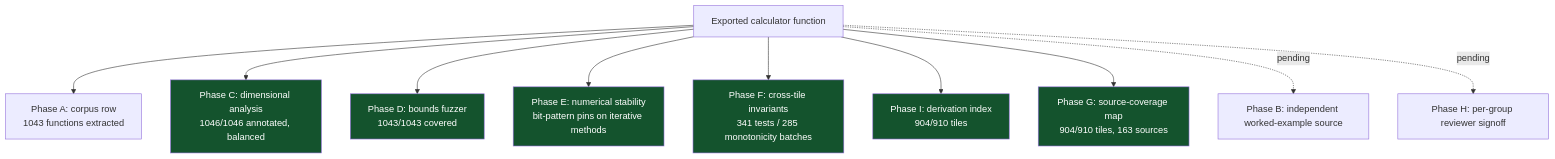
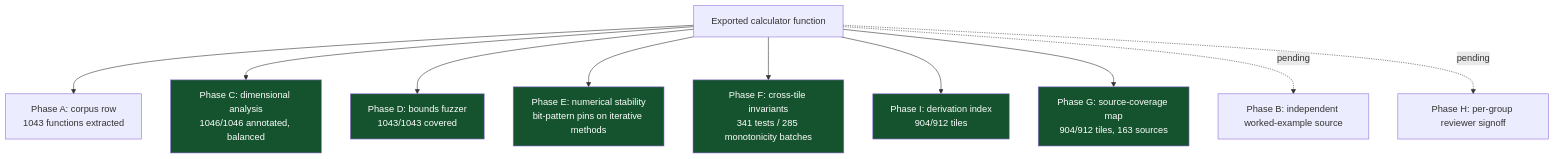
The sixth of 8 diagrams in README.md (clay-good/roughlogic.com), drawn with Mermaid before and after one commit. The commit also changed other lines of this file and 19 other files, not shown here.

````diff
--- a/README.md
+++ b/README.md
@@ -519,18 +519,18 @@
 ```mermaid
 flowchart TB
     F[Exported calculator function] --> A[Phase A: corpus row\n1043 functions extracted]
     F --> C[Phase C: dimensional analysis\n1046/1046 annotated, balanced]
     F --> D[Phase D: bounds fuzzer\n1043/1043 covered]
     F --> E[Phase E: numerical stability\nbit-pattern pins on iterative methods]
     F --> Fa[Phase F: cross-tile invariants\n341 tests / 285 monotonicity batches]
-    F --> I[Phase I: derivation index\n904/910 tiles]
-    F --> G[Phase G: source-coverage map\n904/910 tiles, 163 sources]
+    F --> I[Phase I: derivation index\n904/912 tiles]
+    F --> G[Phase G: source-coverage map\n904/912 tiles, 163 sources]
     F -.pending.-> B[Phase B: independent worked-example source]
     F -.pending.-> H[Phase H: per-group reviewer signoff]
     style C fill:#14532d,color:#fff
     style D fill:#14532d,color:#fff
     style E fill:#14532d,color:#fff
     style Fa fill:#14532d,color:#fff
     style G fill:#14532d,color:#fff
     style I fill:#14532d,color:#fff
 ```
````
